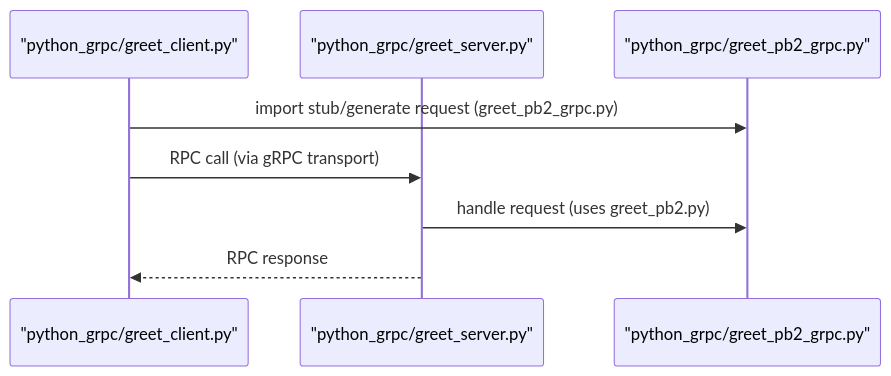
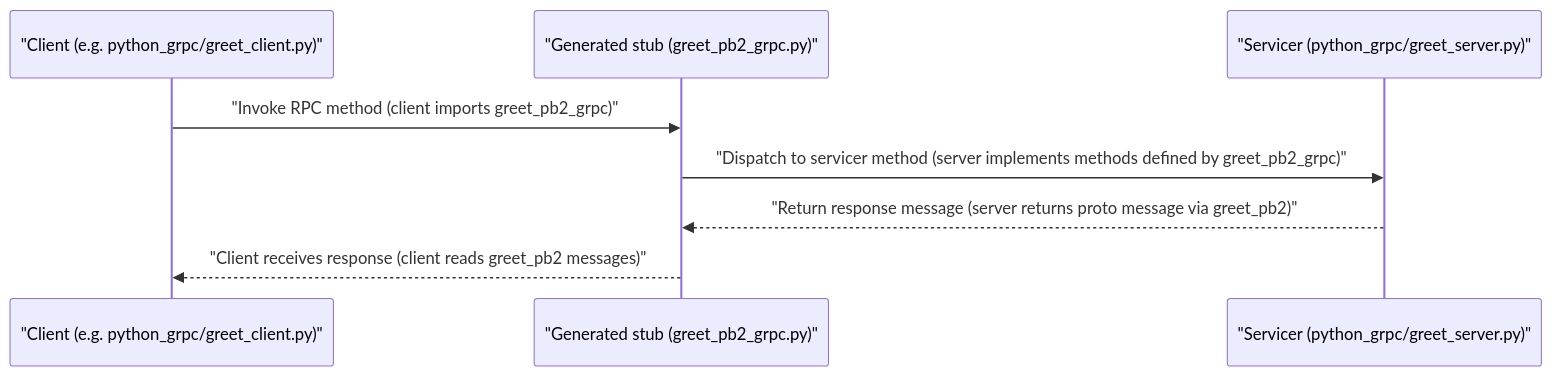
Before and after one commit to YusuffBulbul/GRPC_calisma: the second of 2 diagrams in README_ARCH.md, drawn with Mermaid. The commit also changed other lines of this file, not shown here.

Commit message:
docs: update architecture blueprint and code review (2026-09-07)

````diff
--- a/README_ARCH.md
+++ b/README_ARCH.md
@@ -56,12 +99,12 @@
 ```mermaid
 sequenceDiagram
-  participant GreetClient as "python_grpc/greet_client.py"
-  participant GreetServer as "python_grpc/greet_server.py"
-  participant GreetStub as "python_grpc/greet_pb2_grpc.py"
+  participant Client as "Client (e.g. python_grpc/greet_client.py)"
+  participant Stub as "Generated stub (greet_pb2_grpc.py)"
+  participant Server as "Servicer (python_grpc/greet_server.py)"
 
-  GreetClient->>GreetStub: import stub/generate request (greet_pb2_grpc.py)
-  GreetClient->>GreetServer: RPC call (via gRPC transport)
-  GreetServer->>GreetStub: handle request (uses greet_pb2.py)
-  GreetServer-->>GreetClient: RPC response
+  Client->>Stub: "Invoke RPC method (client imports greet_pb2_grpc)"
+  Stub->>Server: "Dispatch to servicer method (server implements methods defined by greet_pb2_grpc)"
+  Server-->>Stub: "Return response message (server returns proto message via greet_pb2)"
+  Stub-->>Client: "Client receives response (client reads greet_pb2 messages)"
 
 ```
````
